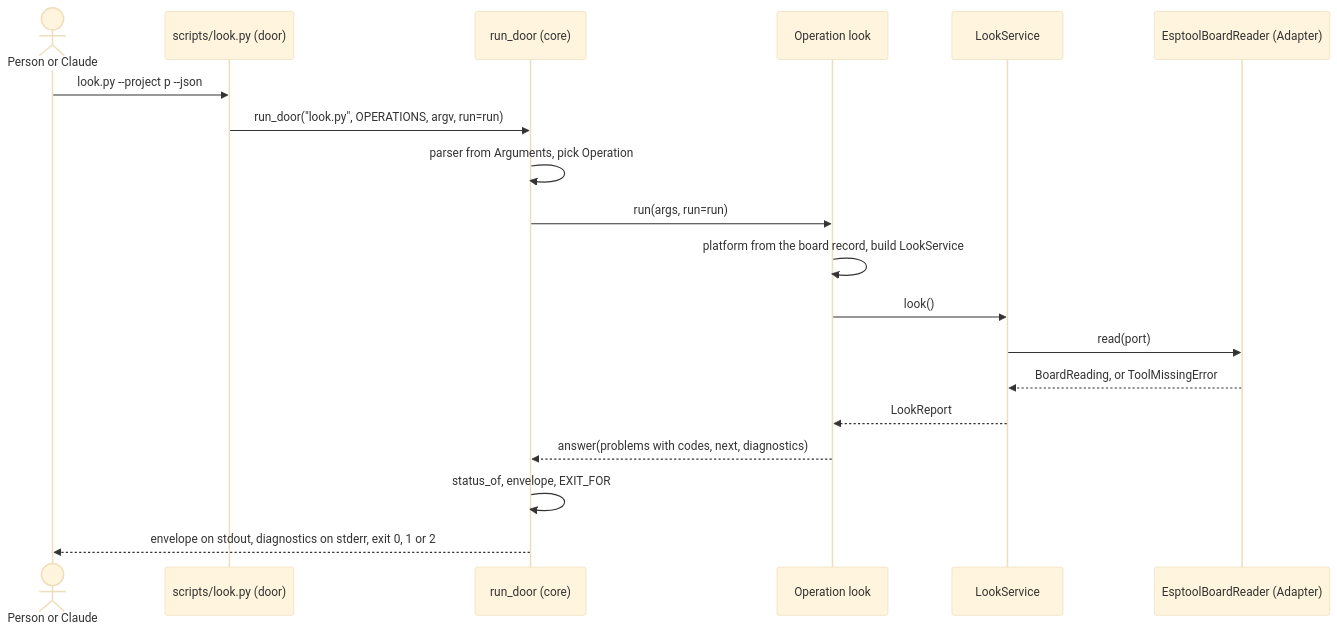
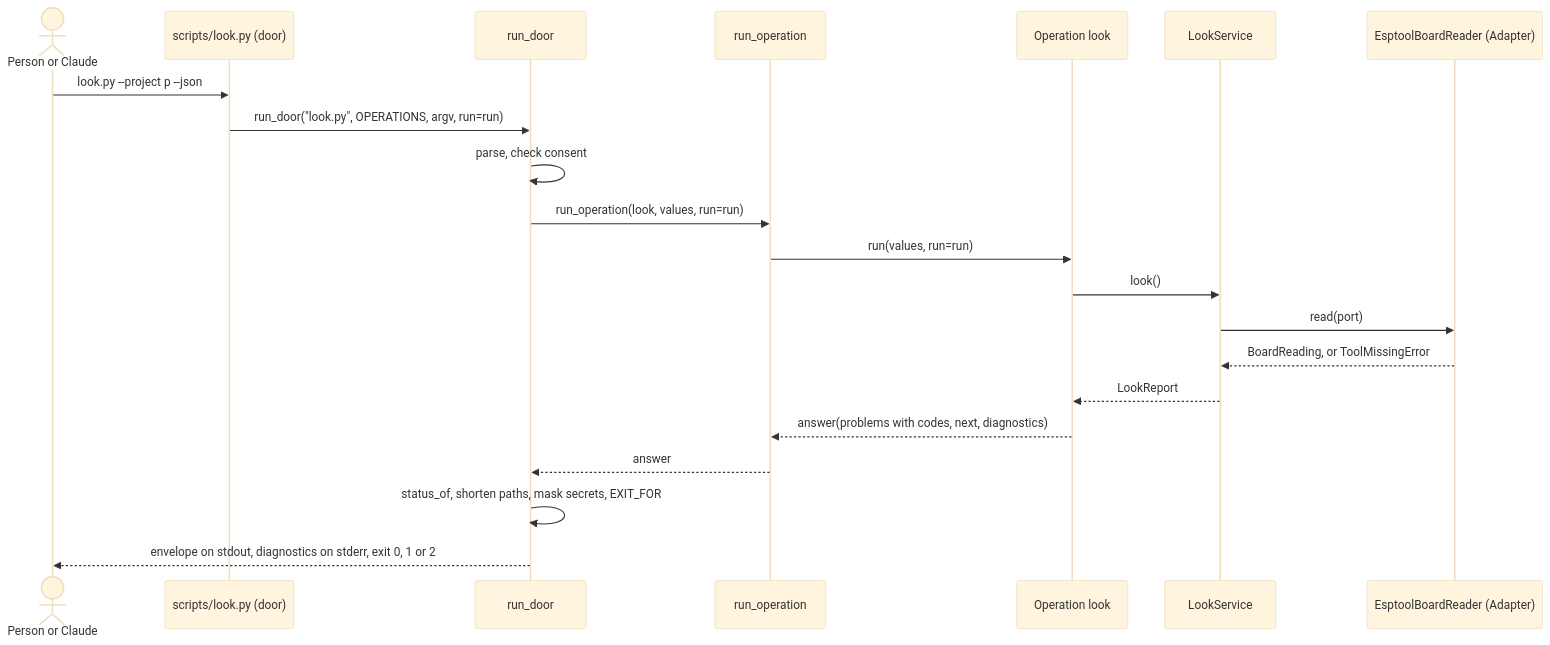
One commit to xmejkal/spark changed the third of 3 diagrams in docs/discovery/2026-10-19-p323-target-architecture/design.md. Above: the diagram before and after it, drawn with Mermaid (base theme). The commit also changed other lines of this file and 6 other files, not shown here.

````diff
--- a/docs/discovery/2026-10-19-p323-target-architecture/design.md
+++ b/docs/discovery/2026-10-19-p323-target-architecture/design.md
@@ -253,21 +268,23 @@
 ```mermaid
 sequenceDiagram
   actor P as Person or Claude
   participant D as scripts/look.py (door)
-  participant H as run_door (core)
+  participant H as run_door
+  participant R as run_operation
   participant O as Operation look
   participant S as LookService
   participant A as EsptoolBoardReader (Adapter)
   P->>D: look.py --project p --json
   D->>H: run_door("look.py", OPERATIONS, argv, run=run)
-  H->>H: parser from Arguments, pick Operation
-  H->>O: run(args, run=run)
-  O->>O: platform from the board record, build LookService
+  H->>H: parse, check consent
+  H->>R: run_operation(look, values, run=run)
+  R->>O: run(values, run=run)
   O->>S: look()
   S->>A: read(port)
   A-->>S: BoardReading, or ToolMissingError
   S-->>O: LookReport
-  O-->>H: answer(problems with codes, next, diagnostics)
-  H->>H: status_of, envelope, EXIT_FOR
+  O-->>R: answer(problems with codes, next, diagnostics)
+  R-->>H: answer
+  H->>H: status_of, shorten paths, mask secrets, EXIT_FOR
   H-->>P: envelope on stdout, diagnostics on stderr, exit 0, 1 or 2
 ```
````
